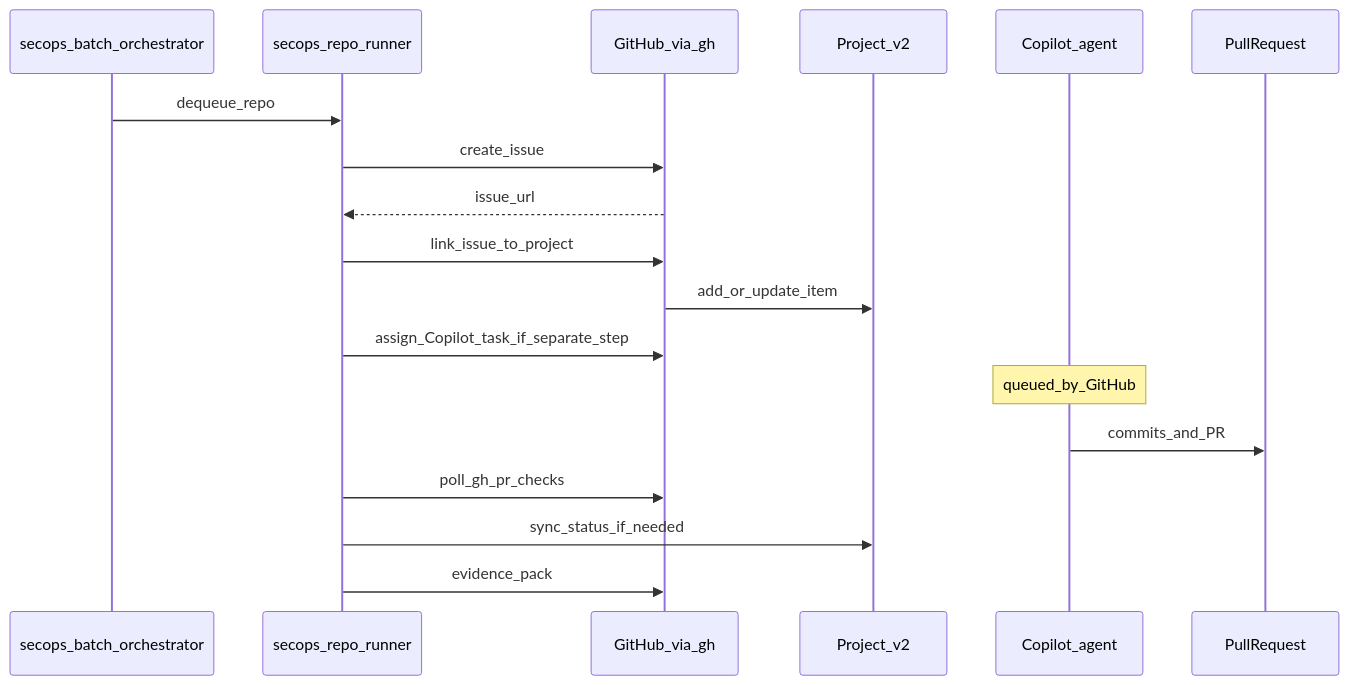
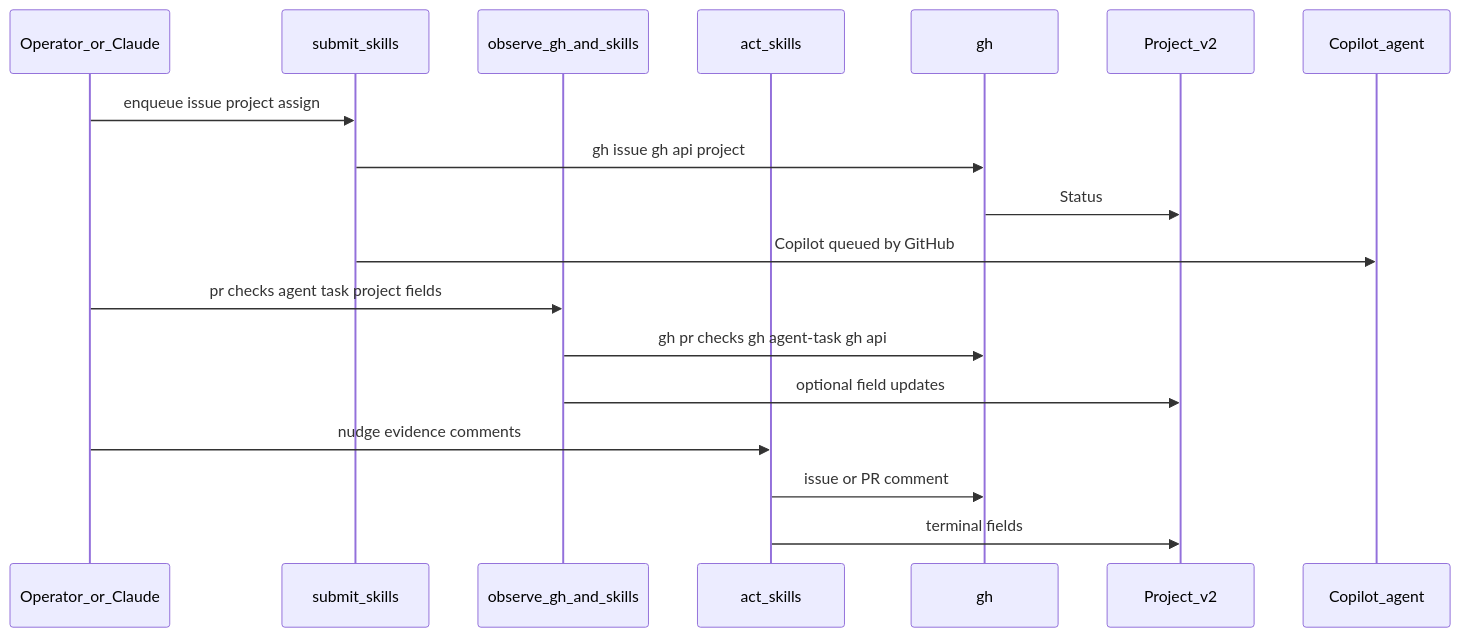
Before and after one commit to yu-iskw/github-secops-agent: the third of 5 diagrams in docs/product_design.md, drawn with Mermaid. The commit also changed other lines of this file and 30 other files, not shown here.

````diff
--- a/docs/product_design.md
+++ b/docs/product_design.md
@@ -86,21 +108,23 @@
 ```mermaid
 sequenceDiagram
-  participant Orch as secops_batch_orchestrator
-  participant RR as secops_repo_runner
-  participant GH as GitHub_via_gh
+  participant Op as Operator_or_Claude
+  participant Sub as submit_skills
+  participant Obs as observe_gh_and_skills
+  participant Act as act_skills
+  participant GH as gh
   participant Proj as Project_v2
   participant CP as Copilot_agent
-  participant PR as PullRequest
 
-  Orch->>RR: dequeue_repo
-  RR->>GH: create_issue
-  GH-->>RR: issue_url
-  RR->>GH: link_issue_to_project
-  GH->>Proj: add_or_update_item
-  RR->>GH: assign_Copilot_task_if_separate_step
-  Note over CP: queued_by_GitHub
-  CP->>PR: commits_and_PR
-  RR->>GH: poll_gh_pr_checks
-  RR->>Proj: sync_status_if_needed
-  RR->>GH: evidence_pack
+  Op->>Sub: enqueue issue project assign
+  Sub->>GH: gh issue gh api project
+  GH->>Proj: Status
+  Sub->>CP: Copilot queued by GitHub
+
+  Op->>Obs: pr checks agent task project fields
+  Obs->>GH: gh pr checks gh agent-task gh api
+  Obs->>Proj: optional field updates
+
+  Op->>Act: nudge evidence comments
+  Act->>GH: issue or PR comment
+  Act->>Proj: terminal fields
 ```
````
